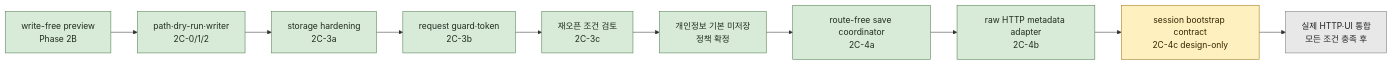
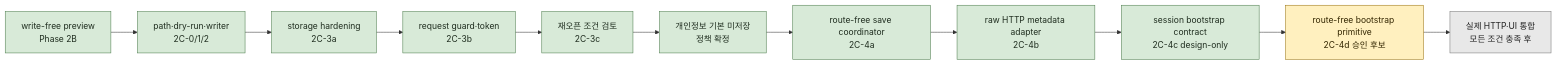
Before and after one commit to 1412moo/jarvis-core: the second of 2 diagrams in docs/master-plan.md, drawn with Mermaid. The commit also changed other lines of this file and 4 other files, not shown here.

````diff
--- a/docs/master-plan.md
+++ b/docs/master-plan.md
@@ -138,19 +142,20 @@
 ```mermaid
 flowchart LR
     A["write-free preview<br/>Phase 2B"] --> B["path·dry-run·writer<br/>2C-0/1/2"]
     B --> C["storage hardening<br/>2C-3a"]
     C --> D["request guard·token<br/>2C-3b"]
     D --> E["재오픈 조건 검토<br/>2C-3c"]
     E --> F["개인정보 기본 미저장<br/>정책 확정"]
     F --> G["route-free save coordinator<br/>2C-4a"]
     G --> H["raw HTTP metadata adapter<br/>2C-4b"]
     H --> I["session bootstrap contract<br/>2C-4c design-only"]
-    I --> J["실제 HTTP·UI 통합<br/>모든 조건 충족 후"]
+    I --> J["route-free bootstrap primitive<br/>2C-4d 승인 후보"]
+    J --> K["실제 HTTP·UI 통합<br/>모든 조건 충족 후"]
 
     classDef done fill:#d8ead8,stroke:#4d7d4d,color:#1f2d1f;
     classDef current fill:#fff0bf,stroke:#9b7412,color:#332600;
     classDef future fill:#e8e8e8,stroke:#777,color:#222;
-    class A,B,C,D,E,F,G,H done;
-    class I current;
-    class J future;
+    class A,B,C,D,E,F,G,H,I done;
+    class J current;
+    class K future;
 ```
````
